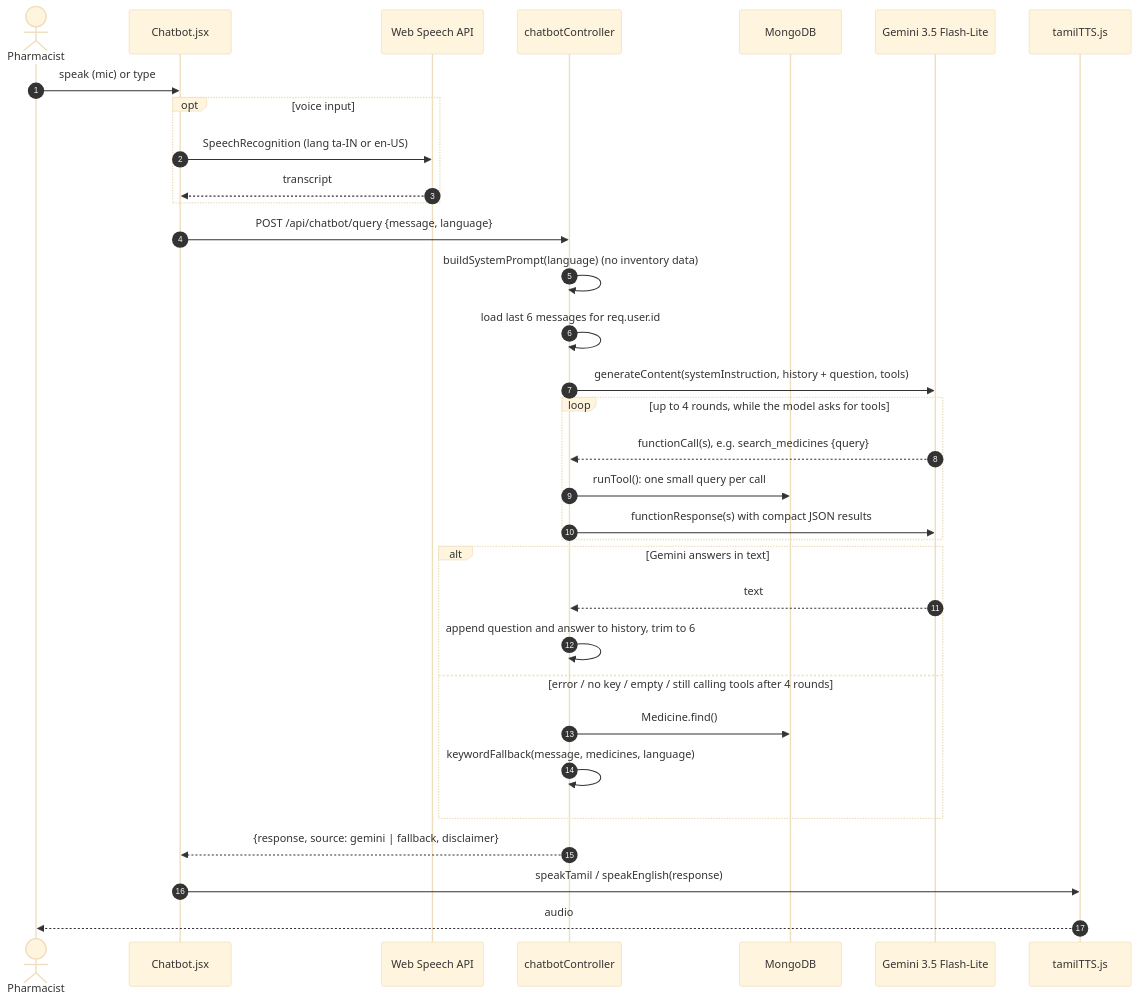
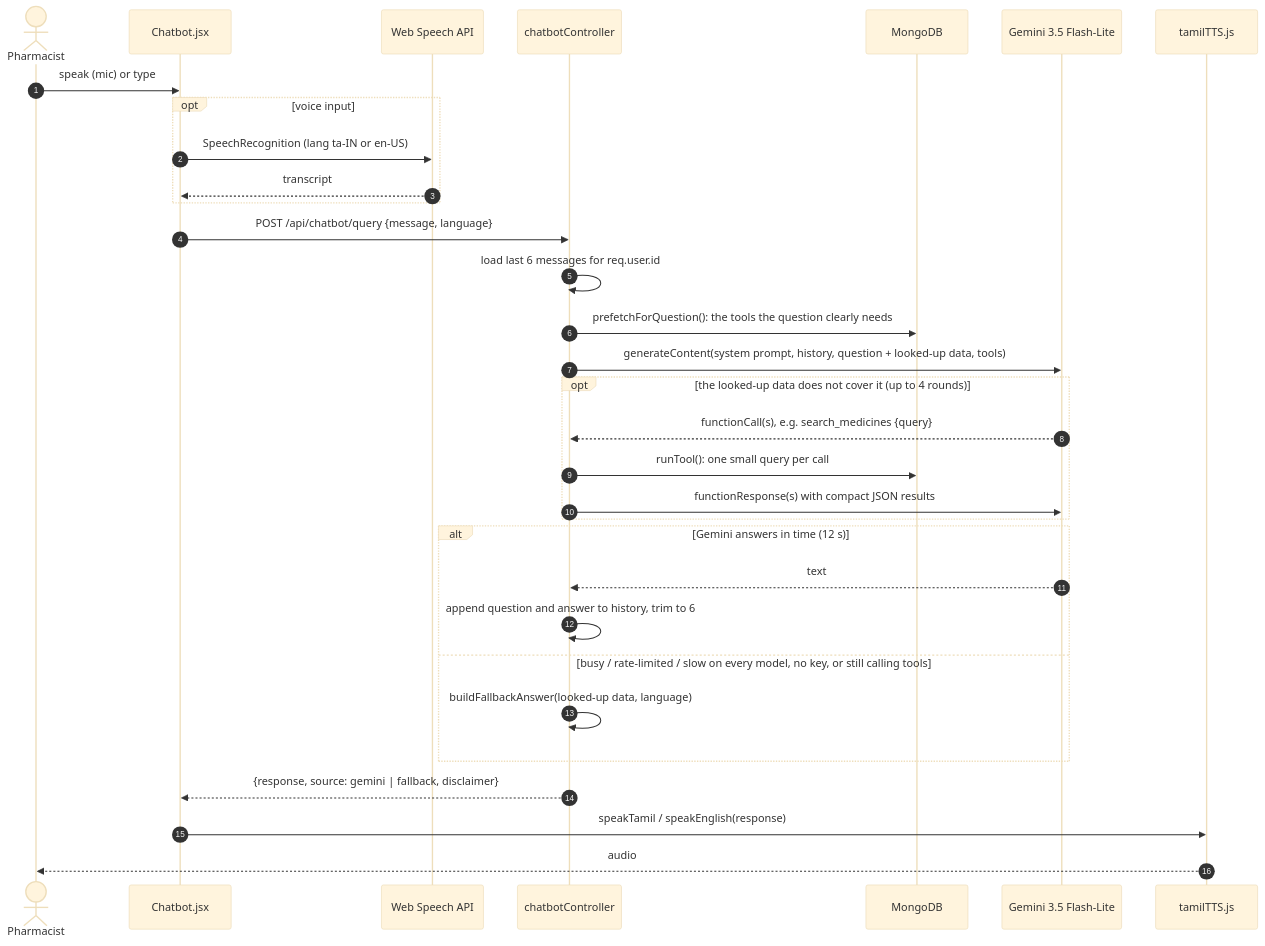
Before and after one commit to USER1043/MediStock_AI: the diagram in docs/chatbot.md, drawn with Mermaid (base theme). The commit also changed other lines of this file and 7 other files, not shown here.

First line of the commit message:
feat(chatbot): answer in one call, race a second model, answer offline correctly

````diff
--- a/docs/chatbot.md
+++ b/docs/chatbot.md
@@ -9,36 +9,35 @@
 ```mermaid
 sequenceDiagram
     autonumber
     actor U as Pharmacist
     participant W as Chatbot.jsx
     participant STT as Web Speech API
     participant API as chatbotController
     participant DB as MongoDB
     participant G as Gemini 3.5 Flash-Lite
     participant TTS as tamilTTS.js
 
     U->>W: speak (mic) or type
     opt voice input
         W->>STT: SpeechRecognition (lang ta-IN or en-US)
         STT-->>W: transcript
     end
     W->>API: POST /api/chatbot/query {message, language}
-    API->>API: buildSystemPrompt(language) (no inventory data)
     API->>API: load last 6 messages for req.user.id
-    API->>G: generateContent(systemInstruction, history + question, tools)
-    loop up to 4 rounds, while the model asks for tools
+    API->>DB: prefetchForQuestion(): the tools the question clearly needs
+    API->>G: generateContent(system prompt, history, question + looked-up data, tools)
+    opt the looked-up data does not cover it (up to 4 rounds)
         G-->>API: functionCall(s), e.g. search_medicines {query}
         API->>DB: runTool(): one small query per call
         API->>G: functionResponse(s) with compact JSON results
     end
-    alt Gemini answers in text
+    alt Gemini answers in time (12 s)
         G-->>API: text
         API->>API: append question and answer to history, trim to 6
-    else error / no key / empty / still calling tools after 4 rounds
-        API->>DB: Medicine.find()
-        API->>API: keywordFallback(message, medicines, language)
+    else busy / rate-limited / slow on every model, no key, or still calling tools
+        API->>API: buildFallbackAnswer(looked-up data, language)
     end
     API-->>W: {response, source: gemini | fallback, disclaimer}
     W->>TTS: speakTamil / speakEnglish(response)
     TTS-->>U: audio
 ```
````
